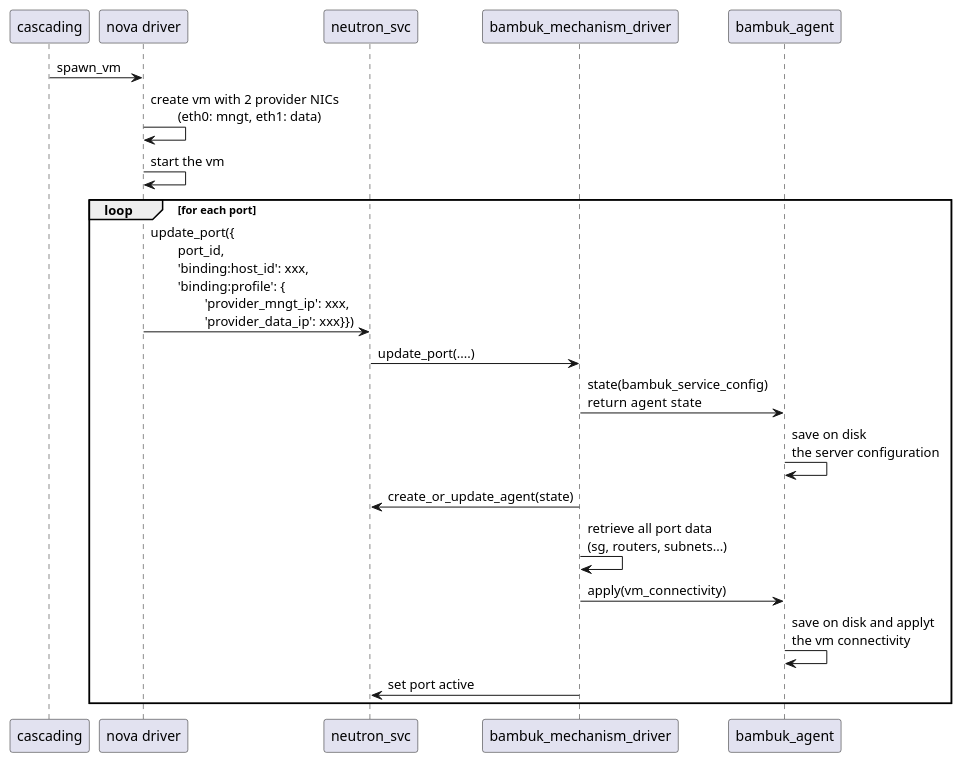
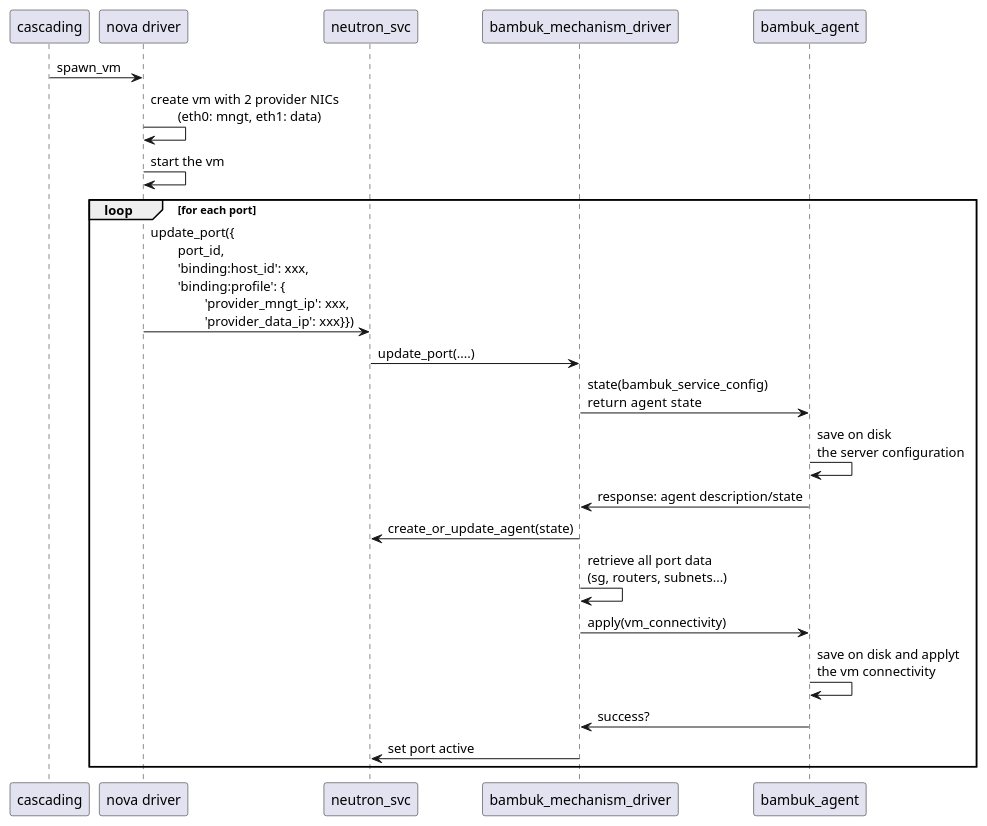
The diagram in doc/source/spawn_vm.puml (lionelz/networking-bambuk), drawn with PlantUML before and after one commit. The commit also changed 2 other files, not shown here.

```diff
--- a/doc/source/spawn_vm.puml
+++ b/doc/source/spawn_vm.puml
@@ -1,19 +1,21 @@
 @startuml
 skinparam componentStyle uml2
 
 cascading -> "nova driver": spawn_vm
 "nova driver" -> "nova driver": create vm with 2 provider NICs\n\t(eth0: mngt, eth1: data)
 "nova driver" -> "nova driver": start the vm
 loop for each port
     "nova driver" -> neutron_svc: update_port({\n\tport_id,\n\t'binding:host_id': xxx,\n\t'binding:profile': {\n\t\t'provider_mngt_ip': xxx,\n\t\t'provider_data_ip': xxx}})
     neutron_svc -> bambuk_mechanism_driver: update_port(....)
     bambuk_mechanism_driver -> bambuk_agent: state(bambuk_service_config)\nreturn  agent state
     bambuk_agent -> bambuk_agent: save on disk\nthe server configuration
+    bambuk_agent -> bambuk_mechanism_driver: response: agent description/state
     bambuk_mechanism_driver -> neutron_svc: create_or_update_agent(state)
     bambuk_mechanism_driver -> bambuk_mechanism_driver: retrieve all port data\n(sg, routers, subnets...)
     bambuk_mechanism_driver -> bambuk_agent: apply(vm_connectivity)
     bambuk_agent -> bambuk_agent: save on disk and applyt\nthe vm connectivity
+    bambuk_agent -> bambuk_mechanism_driver: success?
     bambuk_mechanism_driver -> neutron_svc: set port active
 end
 
 @enduml
```
